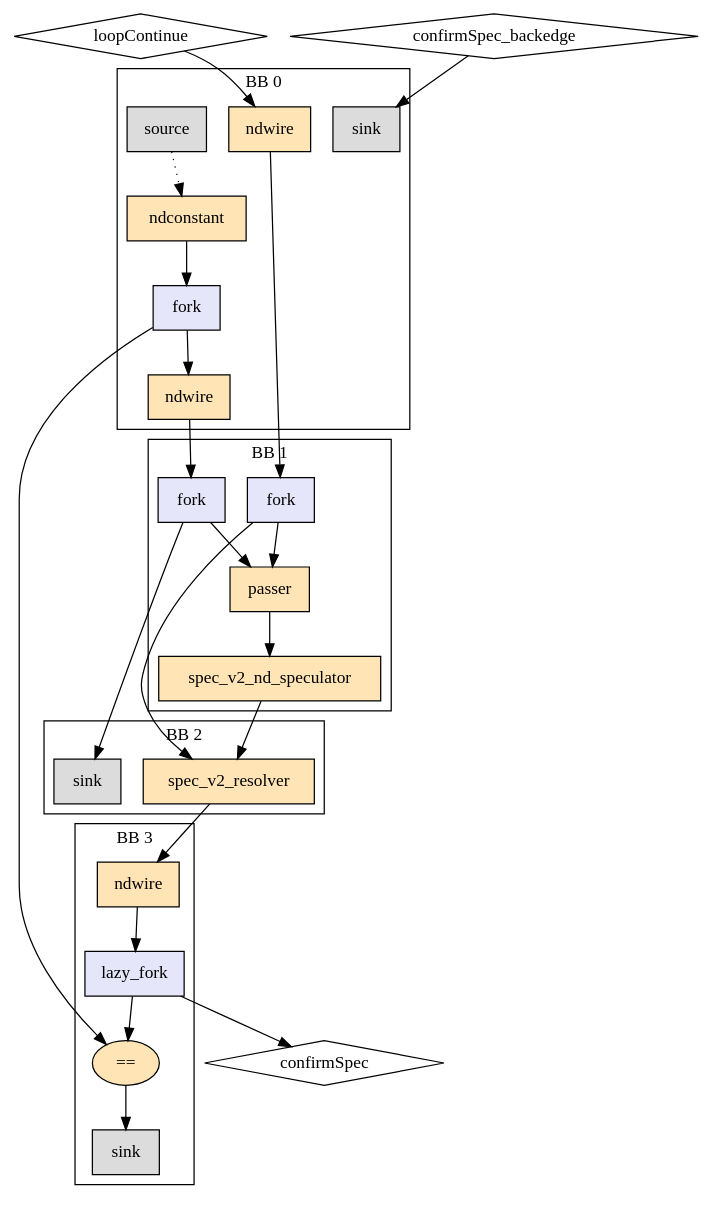
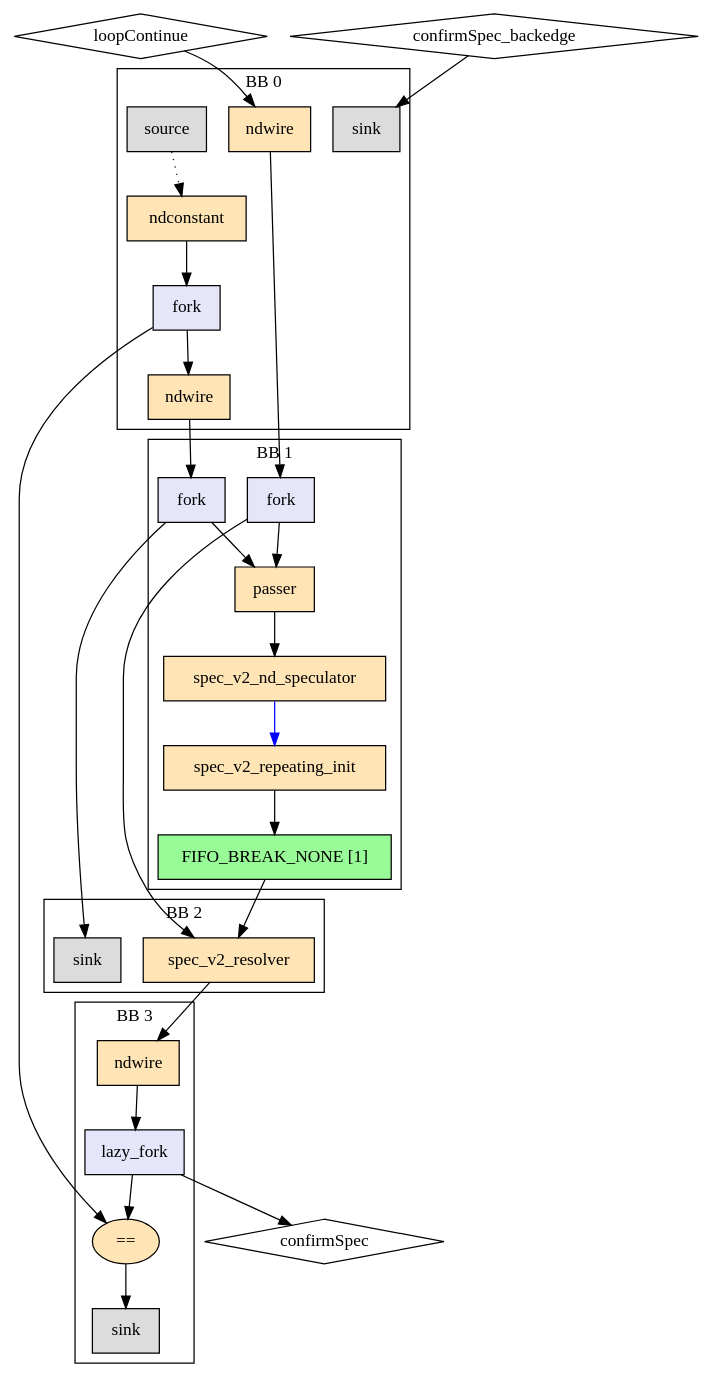
One commit to EPFL-LAP/dynamatic changed the diagram in experimental/tools/elastic-miter/out/introduceResolver/rhs_reachability/model.dot. Above: the diagram before and after it, drawn with Graphviz. The commit also changed 143 other files, not shown here.

```diff
--- a/experimental/tools/elastic-miter/out/introduceResolver/rhs_reachability/model.dot
+++ b/experimental/tools/elastic-miter/out/introduceResolver/rhs_reachability/model.dot
@@ -1,54 +1,58 @@
 Digraph G {
   splines=spline
   compound=true
   "loopContinue" ["style"="solid", "shape"="diamond", "label"="loopContinue", "mlir_op"="handshake.func"]
   "confirmSpec_backedge" ["style"="solid", "shape"="diamond", "label"="confirmSpec_backedge", "mlir_op"="handshake.func"]
   "confirmSpec" ["style"="solid", "shape"="diamond", "label"="confirmSpec", "mlir_op"="handshake.func"]
   "loopContinue" -> "ndw_in_loopContinue" ["dir"="both", "style"="solid", "arrowhead"="normal", "from_idx"="0", "to"="ins", "arrowtail"="none", "from"="loopContinue", "to_idx"="0"]
   "confirmSpec_backedge" -> "backedge_sink_start_confirmSpec" ["dir"="both", "style"="solid", "arrowhead"="normal", "from_idx"="1", "to"="ins", "arrowtail"="none", "from"="confirmSpec_backedge", "to_idx"="0"]
   "backedge_lf_start_confirmSpec" -> "backedge_eq_confirmSpec" ["dir"="both", "style"="solid", "arrowhead"="normal", "from_idx"="1", "to"="lhs", "arrowtail"="none", "from"="outs_1", "to_idx"="0"]
   "backedge_lf_end_confirmSpec" -> "confirmSpec" ["dir"="both", "style"="solid", "arrowhead"="normal", "from_idx"="0", "to"="confirmSpec", "arrowtail"="none", "from"="outs_0", "to_idx"="0"]
   "ndw_in_loopContinue" -> "ctx_fork" ["dir"="both", "style"="solid", "arrowhead"="normal", "from_idx"="0", "to"="ins", "arrowtail"="none", "from"="outs", "to_idx"="0"]
   "ndw_in_confirmSpec_backedge" -> "ctx_fork_cs" ["dir"="both", "style"="solid", "arrowhead"="normal", "from_idx"="0", "to"="ins", "arrowtail"="none", "from"="outs", "to_idx"="0"]
   "ctx_fork" -> "resolver" ["dir"="both", "style"="solid", "arrowhead"="normal", "from_idx"="1", "to"="actualCondition", "arrowtail"="none", "from"="outs_1", "to_idx"="0"]
   "ctx_fork_cs" -> "vm_sink_2" ["dir"="both", "style"="solid", "arrowhead"="normal", "from_idx"="1", "to"="ins", "arrowtail"="none", "from"="outs_1", "to_idx"="0"]
-  "ndspec" -> "resolver" ["dir"="both", "style"="solid", "arrowhead"="normal", "from_idx"="0", "to"="generatedCondition", "arrowtail"="none", "from"="outs", "to_idx"="1"]
+  "ctx_buffer" -> "resolver" ["dir"="both", "style"="solid", "arrowhead"="normal", "from_idx"="0", "to"="generatedCondition", "arrowtail"="none", "from"="outs", "to_idx"="1"]
   "resolver" -> "ndw_out_confirmSpec" ["dir"="both", "style"="solid", "arrowhead"="normal", "from_idx"="0", "to"="ins", "arrowtail"="none", "from"="confirmSpec", "to_idx"="0"]
   subgraph cluster0 {
     graph ["label"="BB 0"]
     "backedge_source_confirmSpec" ["style"="filled", "fillcolor"="gainsboro", "shape"="box", "label"="source", "mlir_op"="handshake.source"]
     "backedge_constant_confirmSpec" ["style"="filled", "fillcolor"="moccasin", "shape"="box", "label"="ndconstant", "mlir_op"="handshake.ndconstant"]
     "backedge_lf_start_confirmSpec" ["style"="filled", "fillcolor"="lavender", "shape"="box", "label"="fork", "mlir_op"="handshake.fork"]
     "backedge_sink_start_confirmSpec" ["style"="filled", "fillcolor"="gainsboro", "shape"="box", "label"="sink", "mlir_op"="handshake.sink"]
     "ndw_in_loopContinue" ["style"="filled", "fillcolor"="moccasin", "shape"="box", "label"="ndwire", "mlir_op"="handshake.ndwire"]
     "ndw_in_confirmSpec_backedge" ["style"="filled", "fillcolor"="moccasin", "shape"="box", "label"="ndwire", "mlir_op"="handshake.ndwire"]
     "backedge_source_confirmSpec" -> "backedge_constant_confirmSpec" ["dir"="both", "style"="dotted", "arrowhead"="normal", "from_idx"="0", "to"="ctrl", "arrowtail"="none", "from"="outs", "to_idx"="0"]
     "backedge_constant_confirmSpec" -> "backedge_lf_start_confirmSpec" ["dir"="both", "style"="solid", "arrowhead"="normal", "from_idx"="0", "to"="ins", "arrowtail"="none", "from"="result", "to_idx"="0"]
     "backedge_lf_start_confirmSpec" -> "ndw_in_confirmSpec_backedge" ["dir"="both", "style"="solid", "arrowhead"="normal", "from_idx"="0", "to"="ins", "arrowtail"="none", "from"="outs_0", "to_idx"="0"]
   }
   subgraph cluster3 {
     graph ["label"="BB 3"]
     "backedge_lf_end_confirmSpec" ["style"="filled", "fillcolor"="lavender", "shape"="box", "label"="lazy_fork", "mlir_op"="handshake.lazy_fork"]
     "backedge_eq_confirmSpec" ["style"="filled", "fillcolor"="moccasin", "shape"="oval", "label"="==", "mlir_op"="handshake.cmpi=="]
     "backedge_sink_end_confirmSpec" ["style"="filled", "fillcolor"="gainsboro", "shape"="box", "label"="sink", "mlir_op"="handshake.sink"]
     "ndw_out_confirmSpec" ["style"="filled", "fillcolor"="moccasin", "shape"="box", "label"="ndwire", "mlir_op"="handshake.ndwire"]
     "backedge_lf_end_confirmSpec" -> "backedge_eq_confirmSpec" ["dir"="both", "style"="solid", "arrowhead"="normal", "from_idx"="1", "to"="rhs", "arrowtail"="none", "from"="outs_1", "to_idx"="1"]
     "backedge_eq_confirmSpec" -> "backedge_sink_end_confirmSpec" ["dir"="both", "style"="solid", "arrowhead"="normal", "from_idx"="0", "to"="ins", "arrowtail"="none", "from"="result", "to_idx"="0"]
     "ndw_out_confirmSpec" -> "backedge_lf_end_confirmSpec" ["dir"="both", "style"="solid", "arrowhead"="normal", "from_idx"="0", "to"="ins", "arrowtail"="none", "from"="outs", "to_idx"="0"]
   }
   subgraph cluster1 {
     graph ["label"="BB 1"]
     "ctx_fork" ["style"="filled", "fillcolor"="lavender", "shape"="box", "label"="fork", "mlir_op"="handshake.fork"]
     "ctx_fork_cs" ["style"="filled", "fillcolor"="lavender", "shape"="box", "label"="fork", "mlir_op"="handshake.fork"]
     "ctx_passer" ["style"="filled", "fillcolor"="moccasin", "shape"="box", "label"="passer", "mlir_op"="handshake.passer"]
     "ndspec" ["style"="filled", "fillcolor"="moccasin", "shape"="box", "label"="spec_v2_nd_speculator", "mlir_op"="handshake.spec_v2_nd_speculator"]
+    "ctx_ri" ["style"="filled", "fillcolor"="moccasin", "shape"="box", "label"="spec_v2_repeating_init", "mlir_op"="handshake.spec_v2_repeating_init"]
+    "ctx_buffer" ["style"="filled", "fillcolor"="palegreen", "shape"="box", "label"="FIFO_BREAK_NONE [1]", "mlir_op"="handshake.buffer"]
     "ctx_fork" -> "ctx_passer" ["dir"="both", "style"="solid", "arrowhead"="normal", "from_idx"="0", "to"="data", "arrowtail"="none", "from"="outs_0", "to_idx"="0"]
     "ctx_fork_cs" -> "ctx_passer" ["dir"="both", "style"="solid", "arrowhead"="normal", "from_idx"="0", "to"="ctrl", "arrowtail"="none", "from"="outs_0", "to_idx"="1"]
     "ctx_passer" -> "ndspec" ["dir"="both", "style"="solid", "arrowhead"="normal", "from_idx"="0", "to"="ins", "arrowtail"="none", "from"="result", "to_idx"="0"]
+    "ndspec" -> "ctx_ri" ["dir"="both", "style"="solid", "arrowhead"="normal", "from_idx"="0", "color"="blue", "to"="ins", "arrowtail"="none", "from"="outs", "to_idx"="0"]
+    "ctx_ri" -> "ctx_buffer" ["dir"="both", "style"="solid", "arrowhead"="normal", "from_idx"="0", "to"="ins", "arrowtail"="none", "from"="outs", "to_idx"="0"]
   }
   subgraph cluster2 {
     graph ["label"="BB 2"]
     "vm_sink_2" ["style"="filled", "fillcolor"="gainsboro", "shape"="box", "label"="sink", "mlir_op"="handshake.sink"]
     "resolver" ["style"="filled", "fillcolor"="moccasin", "shape"="box", "label"="spec_v2_resolver", "mlir_op"="handshake.spec_v2_resolver"]
   }
 }
```
